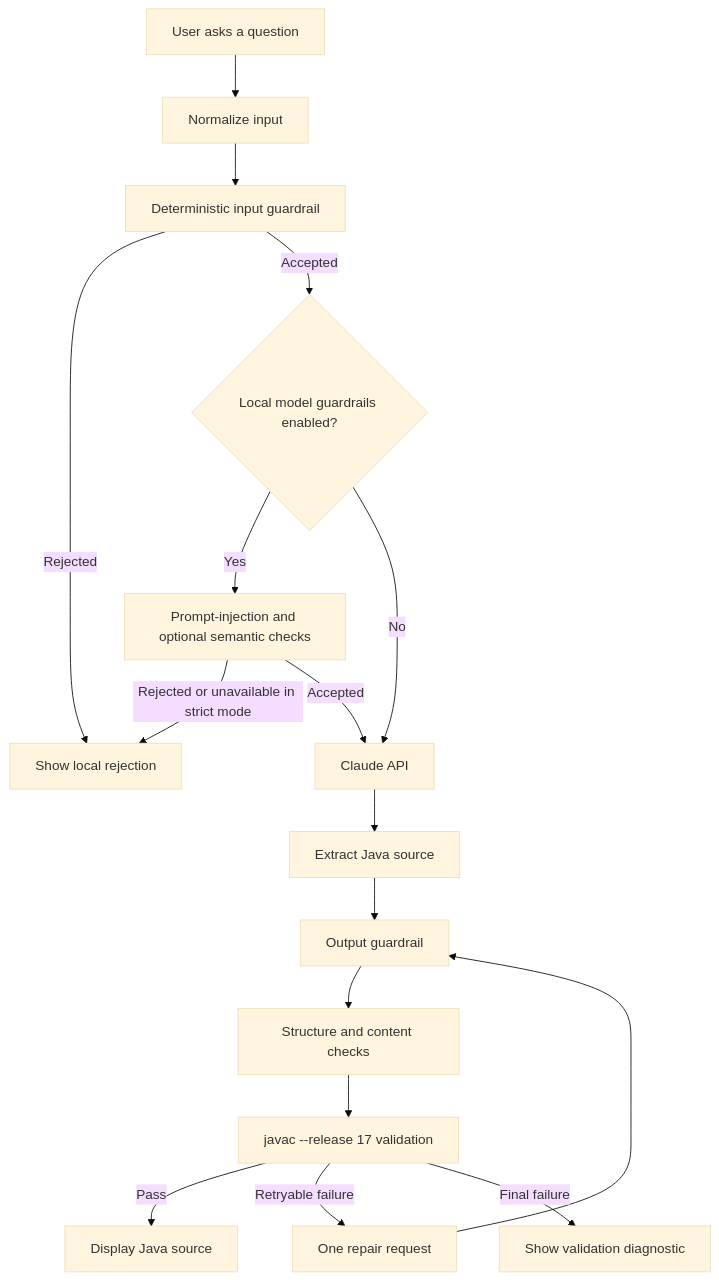
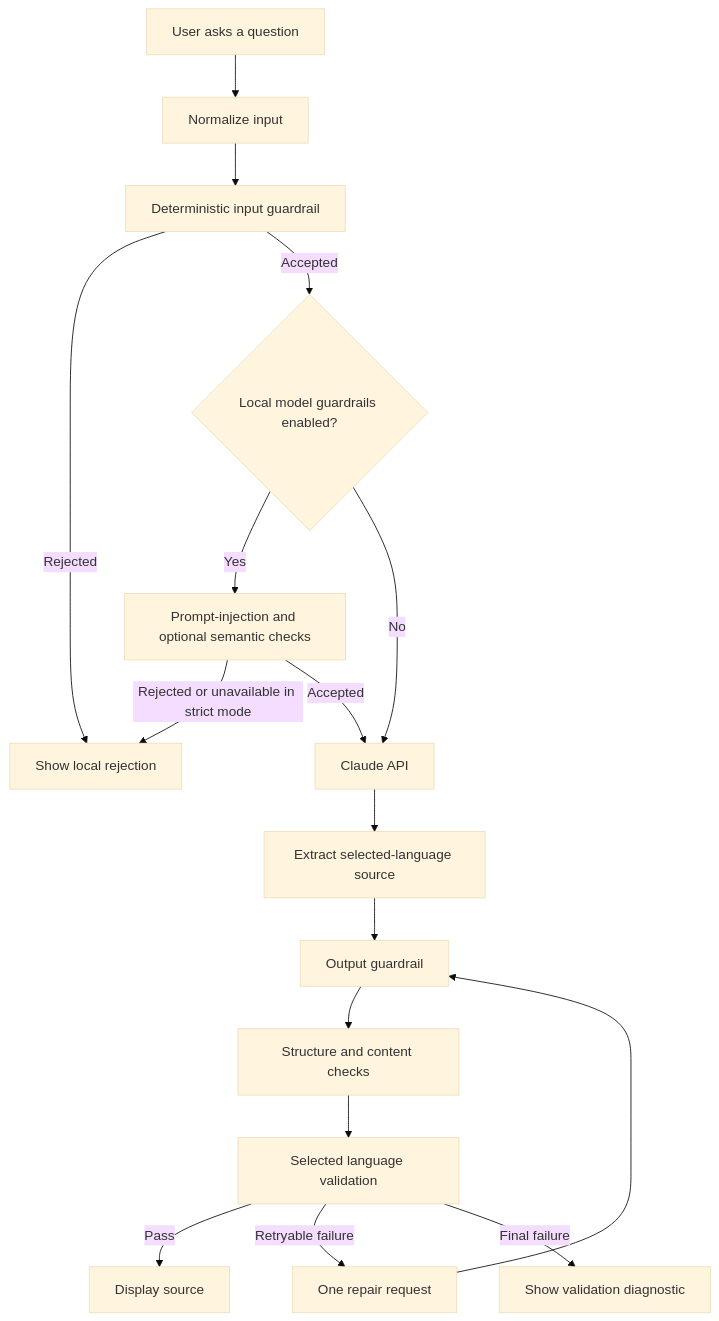
The diagram in architecture/proposal.md (LohithKG-indnord/Java_agent), drawn with Mermaid (base theme) before and after one commit. The commit also changed other lines of this file and 13 other files, not shown here.

````diff
--- a/architecture/proposal.md
+++ b/architecture/proposal.md
@@ -43,19 +43,19 @@
 ```mermaid
 flowchart TD
     A[User asks a question] --> B[Normalize input]
     B --> C[Deterministic input guardrail]
     C -->|Rejected| D[Show local rejection]
     C -->|Accepted| E{Local model guardrails enabled?}
     E -->|Yes| F[Prompt-injection and optional semantic checks]
     E -->|No| G[Claude API]
     F -->|Rejected or unavailable in strict mode| D
     F -->|Accepted| G
-    G --> H[Extract Java source]
+    G --> H[Extract selected-language source]
     H --> I[Output guardrail]
     I --> J[Structure and content checks]
-    J --> K[javac --release 17 validation]
-    K -->|Pass| L[Display Java source]
+    J --> K[Selected language validation]
+    K -->|Pass| L[Display source]
     K -->|Retryable failure| M[One repair request]
     M --> I
     K -->|Final failure| N[Show validation diagnostic]
 ```
````
